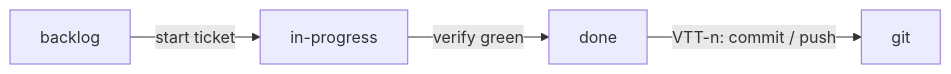
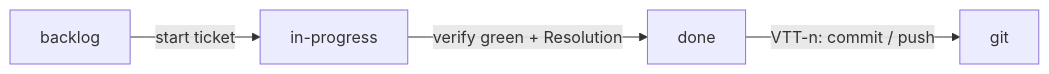
The diagram in AGENTS.md (acedrow/vtt-core), drawn with Mermaid before and after one commit. The commit also changed other lines of this file and 2 other files, not shown here.

Commit message:
enforce adding resolution line to tickets

````diff
--- a/AGENTS.md
+++ b/AGENTS.md
@@ -92,9 +92,9 @@
 ```mermaid
 flowchart LR
   backlog[backlog]
   inProgress[in-progress]
   done[done]
   backlog -->|"start ticket"| inProgress
-  inProgress -->|"verify green"| done
+  inProgress -->|"verify green + Resolution"| done
   done -->|"VTT-n: commit / push"| git[git]
 ```
````
